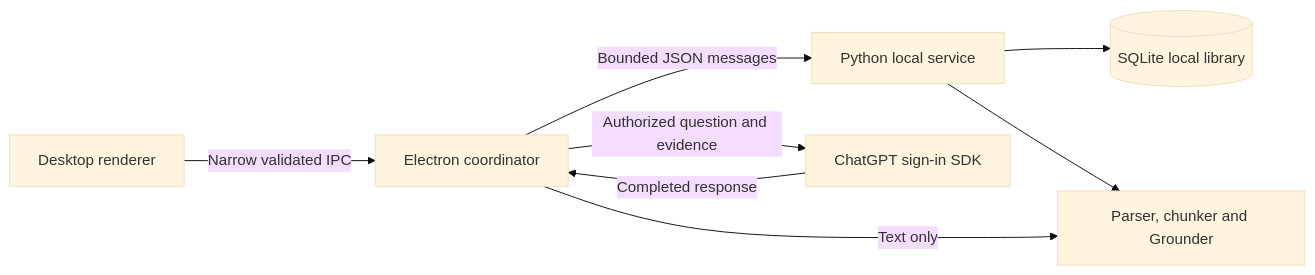
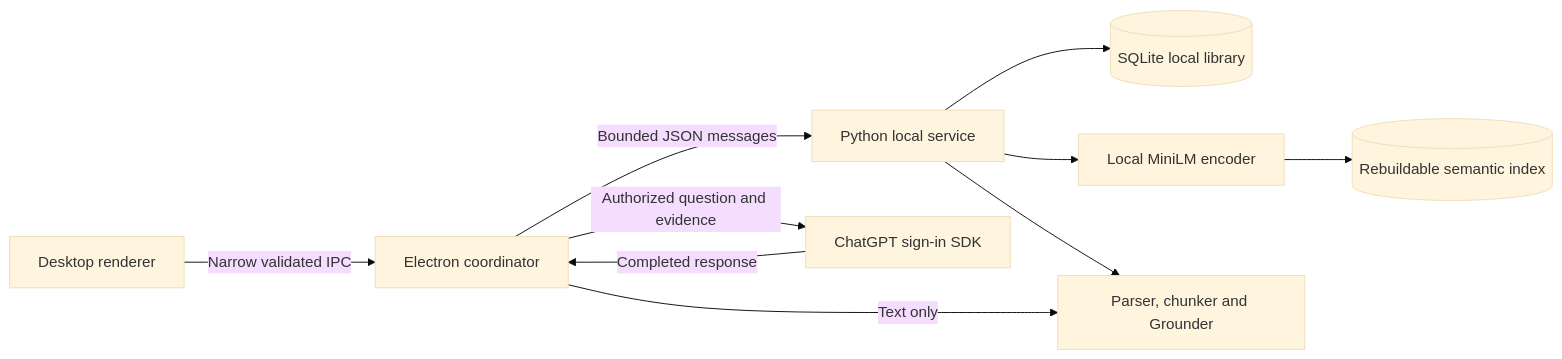
One commit to Natenc12/grounded-class-tutor changed the diagram in design/architecture.md. Above: the diagram before and after it, drawn with Mermaid (base theme). The commit also changed other lines of this file and 39 other files, not shown here.

First line of the commit message:
Add free local semantic search with safe keyword fallback (#171)

````diff
--- a/design/architecture.md
+++ b/design/architecture.md
@@ -7,10 +7,12 @@
 ```mermaid
 flowchart LR
     UI[Desktop renderer] -->|Narrow validated IPC| Main[Electron coordinator]
     Main -->|Bounded JSON messages| Core[Python local service]
     Core --> Library[(SQLite local library)]
+    Core --> Encoder[Local MiniLM encoder]
+    Encoder --> Cache[(Rebuildable semantic index)]
     Core --> Grounder[Parser, chunker and Grounder]
     Main -->|Authorized question and evidence| SDK[ChatGPT sign-in SDK]
     SDK -->|Completed response| Main
     Main -->|Text only| Grounder
 ```
````
